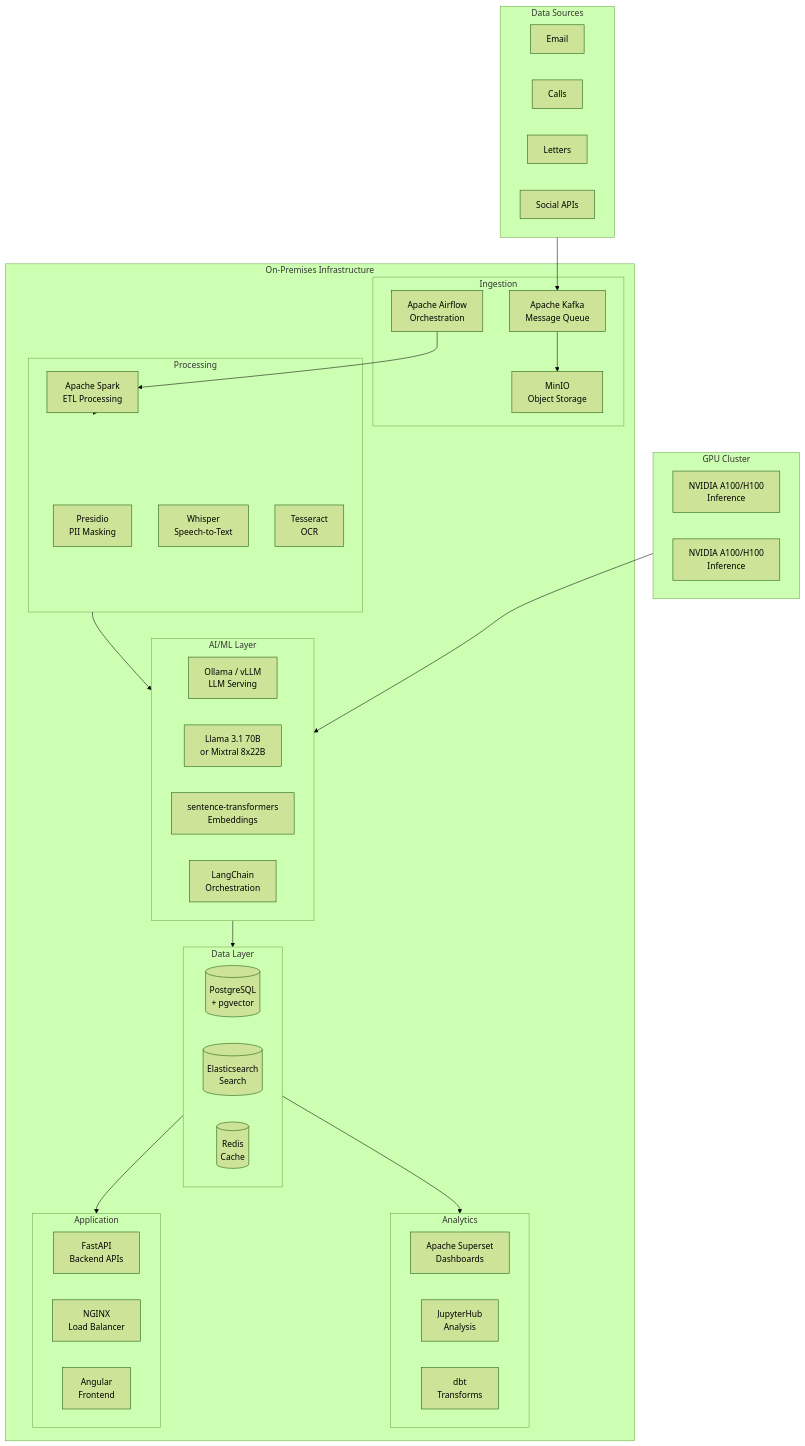
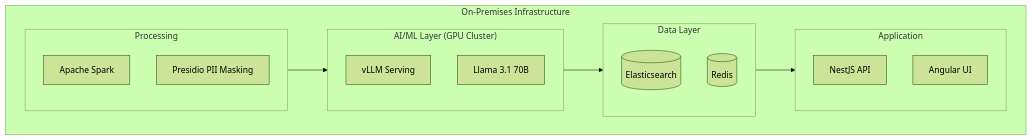
Before and after one commit to T33C/journeyworks: the first of 3 diagrams in documentation/proposal/cost-comparison-alternatives.md, drawn with Mermaid (forest theme). The commit also changed other lines of this file and 17 other files, not shown here.

````diff
--- a/documentation/proposal/cost-comparison-alternatives.md
+++ b/documentation/proposal/cost-comparison-alternatives.md
@@ -25,64 +129,28 @@
 ```mermaid
 flowchart TB
-    subgraph Sources["Data Sources"]
-        EMAIL[Email]
-        CALLS[Calls]
-        LETTERS[Letters]
-        SOCIAL[Social APIs]
-    end
-
     subgraph OnPrem["On-Premises Infrastructure"]
-        subgraph Ingest["Ingestion"]
-            KAFKA[Apache Kafka<br/>Message Queue]
-            MINIO[MinIO<br/>Object Storage]
-            AIRFLOW[Apache Airflow<br/>Orchestration]
+        subgraph Process["Processing"]
+            SPARK[Apache Spark]
+            PRESIDIO[Presidio PII Masking]
         end
 
-        subgraph Process["Processing"]
-            SPARK[Apache Spark<br/>ETL Processing]
-            PRESIDIO[Presidio<br/>PII Masking]
-            WHISPER[Whisper<br/>Speech-to-Text]
-            TESSERACT[Tesseract<br/>OCR]
-        end
-
-        subgraph AI["AI/ML Layer"]
-            OLLAMA[Ollama / vLLM<br/>LLM Serving]
-            LLAMA[Llama 3.1 70B<br/>or Mixtral 8x22B]
-            EMBED[sentence-transformers<br/>Embeddings]
-            LANGCHAIN[LangChain<br/>Orchestration]
+        subgraph AI["AI/ML Layer (GPU Cluster)"]
+            OLLAMA[vLLM Serving]
+            LLAMA[Llama 3.1 70B]
         end
 
         subgraph Data["Data Layer"]
-            PGVECTOR[(PostgreSQL<br/>+ pgvector)]
-            ELASTIC[(Elasticsearch<br/>Search)]
-            REDIS[(Redis<br/>Cache)]
-        end
-
-        subgraph Analytics["Analytics"]
-            SUPERSET[Apache Superset<br/>Dashboards]
-            JUPYTER[JupyterHub<br/>Analysis]
-            DBT[dbt<br/>Transforms]
+            ELASTIC[(Elasticsearch)]
+            REDIS[(Redis)]
         end
 
         subgraph Serve["Application"]
-            FASTAPI[FastAPI<br/>Backend APIs]
-            NGINX[NGINX<br/>Load Balancer]
-            ANGULAR[Angular<br/>Frontend]
+            API[NestJS API]
+            ANGULAR[Angular UI]
         end
     end
 
-    subgraph GPU["GPU Cluster"]
-        GPU1[NVIDIA A100/H100<br/>Inference]
-        GPU2[NVIDIA A100/H100<br/>Inference]
-    end
-
-    Sources --> KAFKA
-    KAFKA --> MINIO
-    AIRFLOW --> SPARK
-    SPARK --> Process
     Process --> AI
     AI --> Data
-    Data --> Analytics
     Data --> Serve
-    GPU --> AI
 ```
````
